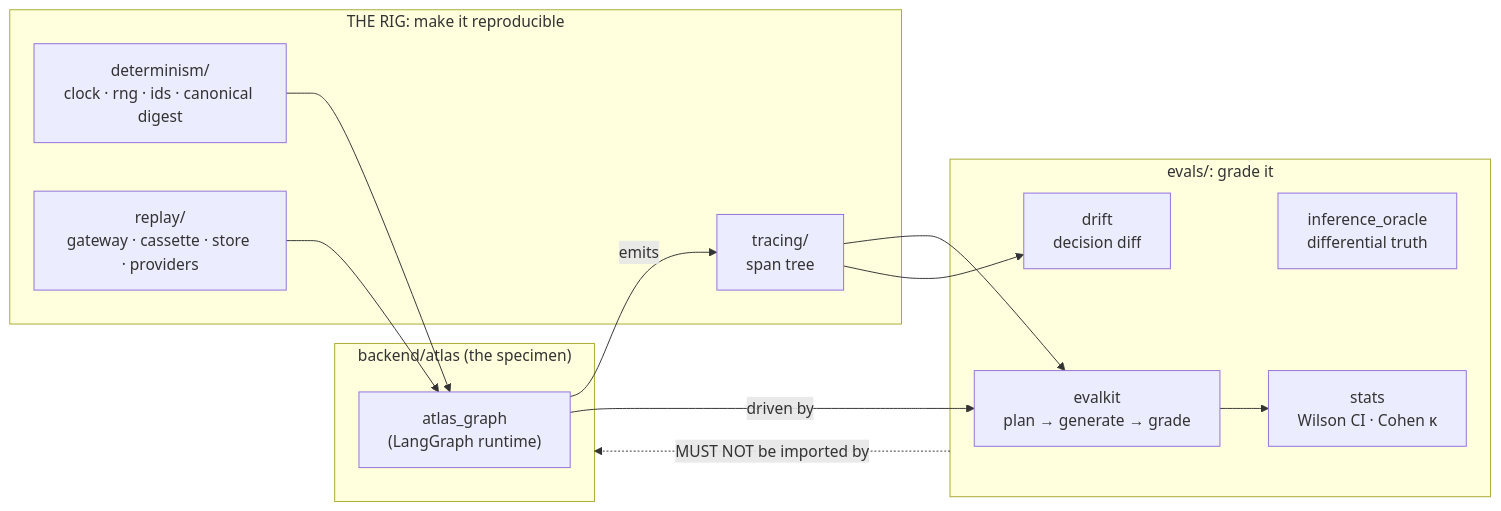
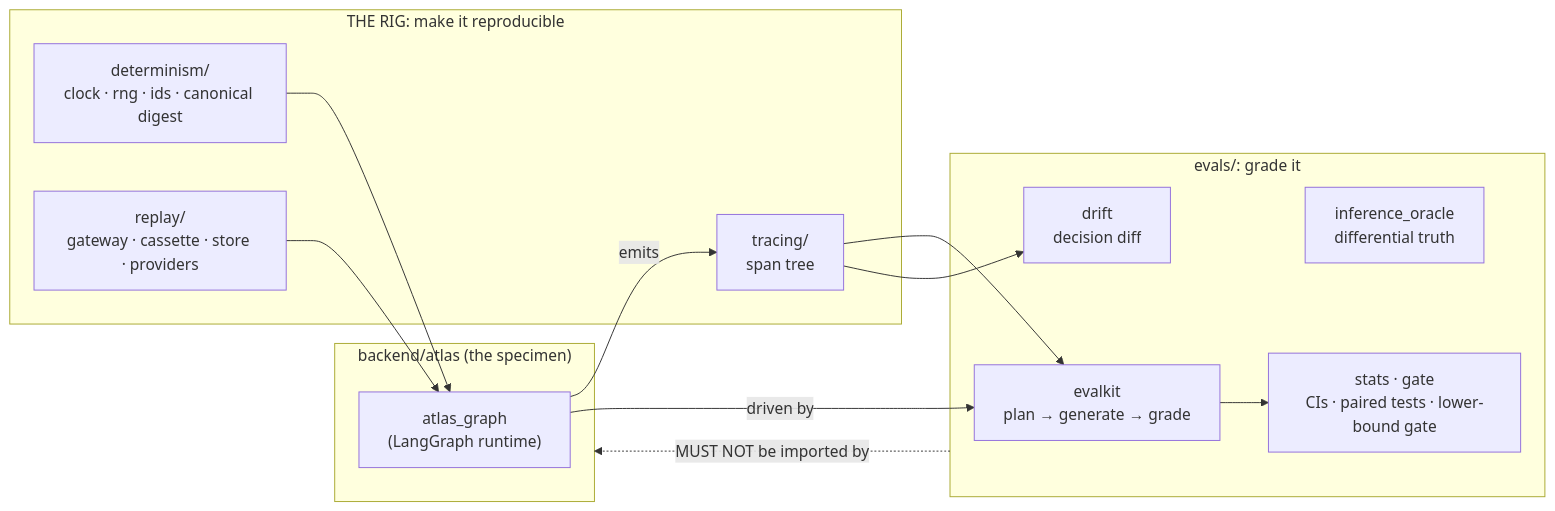
Before and after one commit to mariusargatu/Atlas: the first of 6 diagrams in testing/harness/ARCHITECTURE.md, drawn with Mermaid. The commit also changed other lines of this file and 19 other files, not shown here.

First line of the commit message:
feat: honest benchmarks: paired study, stats toolbox, release gate on the CI floor

````diff
--- a/testing/harness/ARCHITECTURE.md
+++ b/testing/harness/ARCHITECTURE.md
@@ -43,28 +43,28 @@
 ```mermaid
 flowchart LR
     subgraph PROD["backend/atlas (the specimen)"]
         GRAPH["atlas_graph<br/>(LangGraph runtime)"]
     end
 
     subgraph RIG["THE RIG: make it reproducible"]
         DET["determinism/<br/>clock · rng · ids · canonical digest"]
         REP["replay/<br/>gateway · cassette · store · providers"]
         TRC["tracing/<br/>span tree"]
     end
 
     subgraph EVAL["evals/: grade it"]
         EK["evalkit<br/>plan → generate → grade"]
         DR["drift<br/>decision diff"]
         IO["inference_oracle<br/>differential truth"]
-        ST["stats<br/>Wilson CI · Cohen κ"]
+        ST["stats · gate<br/>CIs · paired tests · lower-bound gate"]
     end
 
     DET --> GRAPH
     REP --> GRAPH
     GRAPH -- emits --> TRC
     GRAPH -- driven by --> EK
     TRC --> EK
     TRC --> DR
     EK --> ST
     EVAL -. "MUST NOT be imported by" .-> PROD
 ```
````
